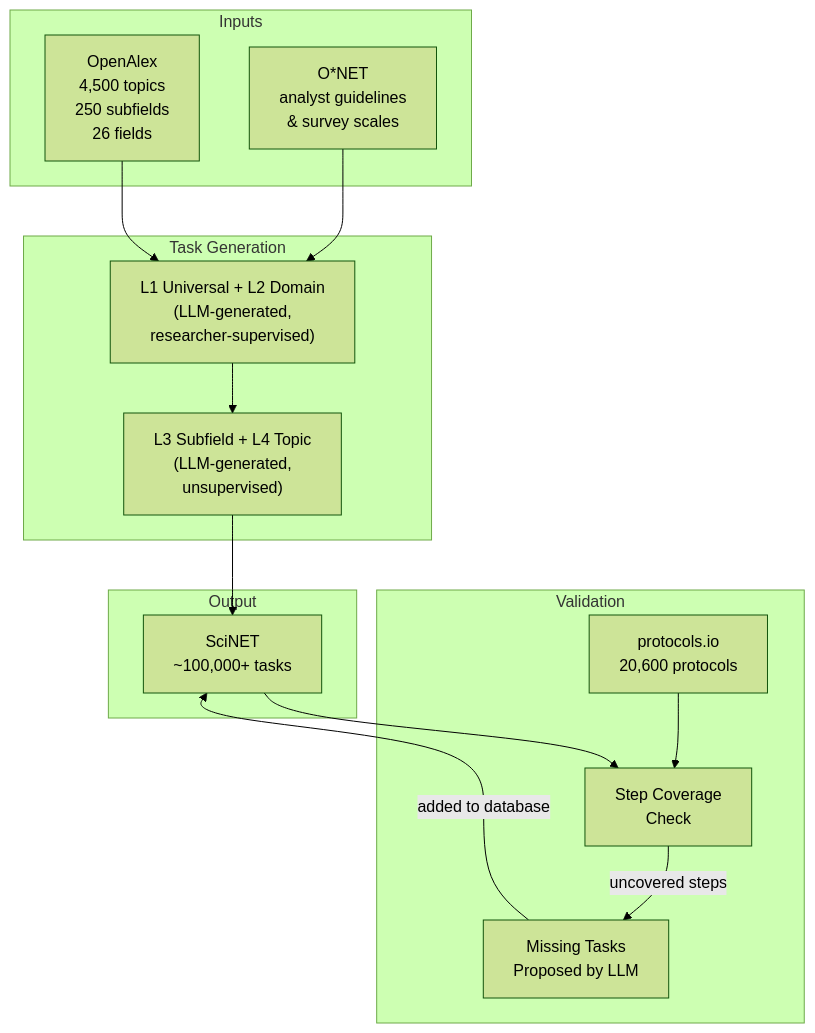
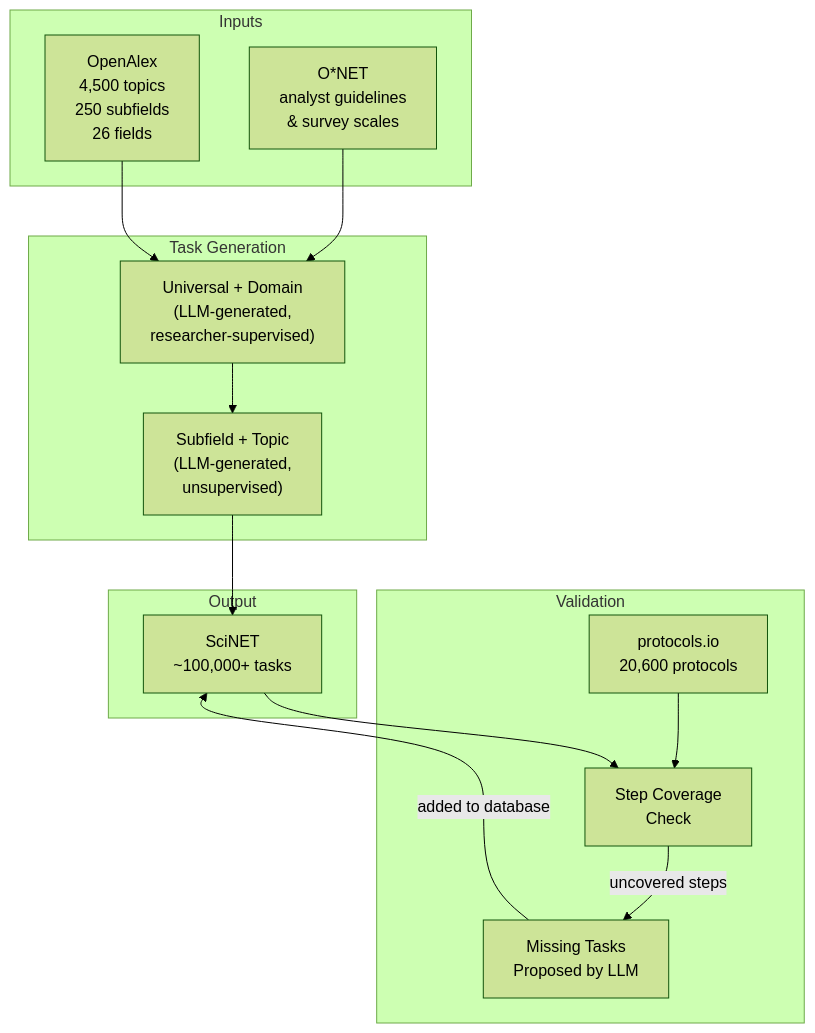
The first of 2 diagrams in METHODOLOGY.md (lukasalthoff/scinet), drawn with Mermaid (forest theme) before and after one commit. The commit also changed other lines of this file, not shown here.

Commit message:
Replace L1/L2/L3/L4 labels with Universal/Domain/Subfield/Topic throughout

````diff
--- a/METHODOLOGY.md
+++ b/METHODOLOGY.md
@@ -5,31 +5,31 @@
 ```mermaid
 flowchart TD
     subgraph inputs [Inputs]
         OA["OpenAlex\n4,500 topics\n250 subfields\n26 fields"]
         ONET["O*NET\nanalyst guidelines\n& survey scales"]
     end
 
     subgraph generation [Task Generation]
-        L12["L1 Universal + L2 Domain\n(LLM-generated,\nresearcher-supervised)"]
-        L34["L3 Subfield + L4 Topic\n(LLM-generated,\nunsupervised)"]
+        L12["Universal + Domain\n(LLM-generated,\nresearcher-supervised)"]
+        L34["Subfield + Topic\n(LLM-generated,\nunsupervised)"]
         L12 --> L34
     end
 
     subgraph validation [Validation]
         PIO["protocols.io\n20,600 protocols"]
         COV["Step Coverage\nCheck"]
         NEW["Missing Tasks\nProposed by LLM"]
     end
 
     subgraph output [Output]
         DB["SciNET\n~100,000+ tasks"]
     end
 
     OA --> L12
     ONET --> L12
     L34 --> DB
     DB --> COV
     PIO --> COV
     COV -->|"uncovered steps"| NEW
     NEW -->|"added to database"| DB
 ```
````
